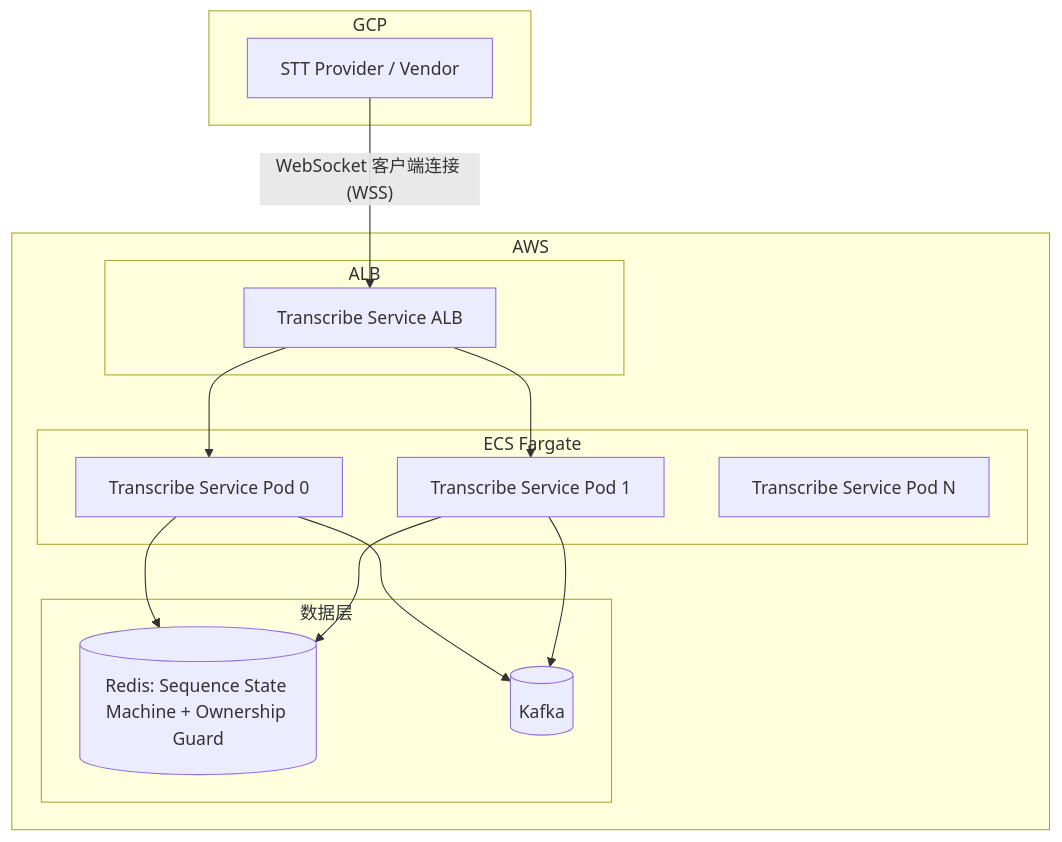
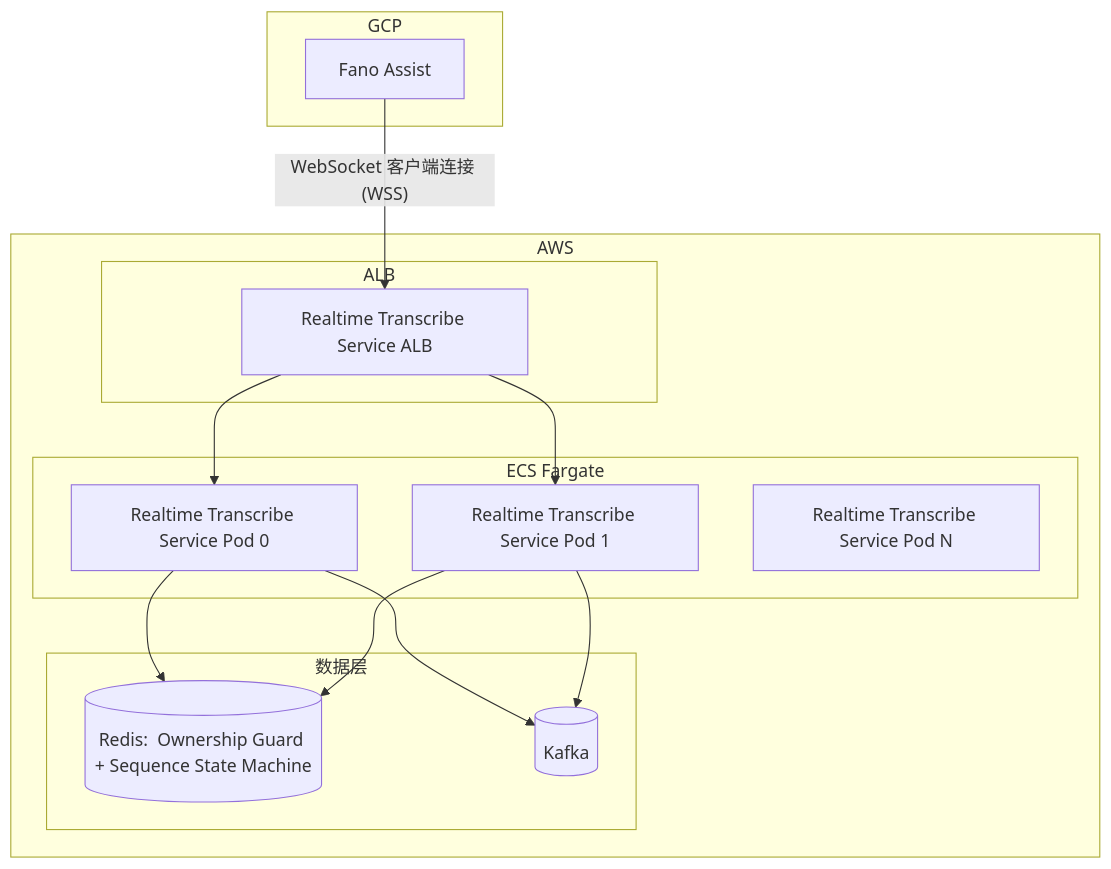
One commit to xiaodouya001/transcribe_service changed the first of 6 diagrams in design/application-design_zh.md. Above: the diagram before and after it, drawn with Mermaid. The commit also changed other lines of this file and 63 other files, not shown here.

Commit message:
Rename package and align Realtime Transcribe Service naming

````diff
--- a/design/application-design_zh.md
+++ b/design/application-design_zh.md
@@ -44,29 +44,29 @@
 ```mermaid
 flowchart TB
     subgraph GCP [GCP]
-        Vendor[STT Provider / Vendor]
+        Assist[Fano Assist]
     end
 
     subgraph AWS [AWS]
         subgraph ALB [ALB]
-            ALB1[Transcribe Service ALB]
+            ALB1[Realtime Transcribe Service ALB]
         end
         subgraph ECS [ECS Fargate]
-            Task0[Transcribe Service Pod 0]
-            Task1[Transcribe Service Pod 1]
-            TaskN[Transcribe Service Pod N]
+            Task0[Realtime Transcribe Service Pod 0]
+            Task1[Realtime Transcribe Service Pod 1]
+            TaskN[Realtime Transcribe Service Pod N]
         end
         subgraph Data [数据层]
-            Redis[(Redis: Sequence State Machine + Ownership Guard)]
+            Redis[(Redis:  Ownership Guard + Sequence State Machine)]
             Kafka[(Kafka)]
         end
     end
 
-    Vendor -->|"WebSocket 客户端连接 (WSS)"| ALB1
+    Assist -->|"WebSocket 客户端连接 (WSS)"| ALB1
     ALB1 --> Task0
     ALB1 --> Task1
     Task0 --> Redis
     Task0 --> Kafka
     Task1 --> Redis
     Task1 --> Kafka
 ```
````
